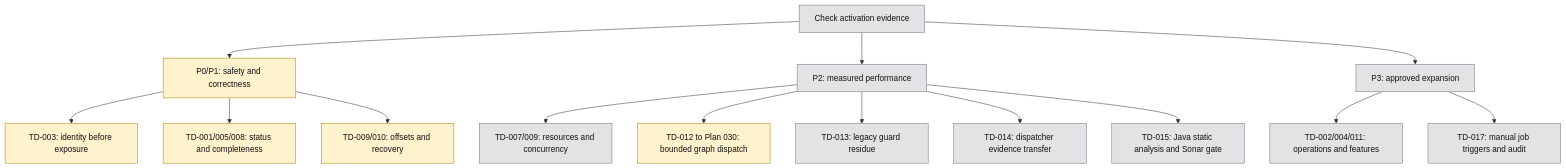
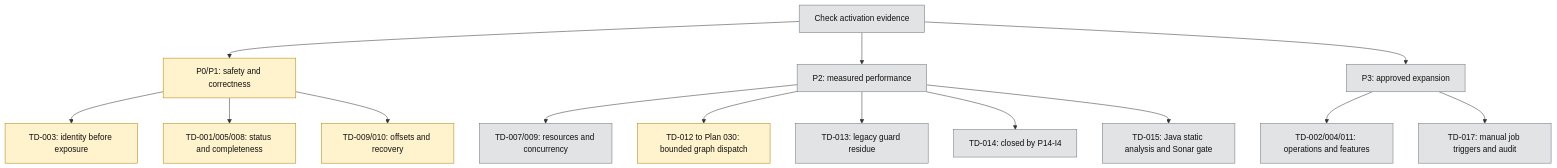
The diagram in docs/technical-debt/README.md (tanlocit9/omni), drawn with Mermaid before and after one commit. The commit also changed other lines of this file and 31 other files, not shown here.

````diff
--- a/docs/technical-debt/README.md
+++ b/docs/technical-debt/README.md
@@ -41,27 +41,27 @@
 ```mermaid
 flowchart TD
     Gate["Check activation evidence"]
     Gate --> Safety["P0/P1: safety and correctness"]
     Gate --> Measured["P2: measured performance"]
     Gate --> Later["P3: approved expansion"]
 
     Safety --> Identity["TD-003: identity before exposure"]
     Safety --> Data["TD-001/005/008: status and completeness"]
     Safety --> Kafka["TD-009/010: offsets and recovery"]
     Measured --> Resources["TD-007/009: resources and concurrency"]
     Measured --> Planner["TD-012 to Plan 030: bounded graph dispatch"]
     Measured --> GuardResidue["TD-013: legacy guard residue"]
-    Measured --> DispatchResidue["TD-014: dispatcher evidence transfer"]
+    Measured --> DispatchResidue["TD-014: closed by P14-I4"]
     Measured --> JavaQuality["TD-015: Java static analysis and Sonar gate"]
     Later --> Features["TD-002/004/011: operations and features"]
     Later --> RequestAudit["TD-017: manual job triggers and audit"]
 
     classDef done fill:#d5f5e3,stroke:#198754,color:#111;
     classDef active fill:#fff3cd,stroke:#b58105,color:#111;
     classDef pending fill:#e2e3e5,stroke:#6c757d,color:#111;
     classDef blocked fill:#f8d7da,stroke:#b02a37,color:#111;
     class Gate pending;
     class Safety,Identity,Data,Kafka active;
     class Planner active;
     class Measured,Resources,GuardResidue,DispatchResidue,JavaQuality,Later,Features,RequestAudit pending;
 ```
````
